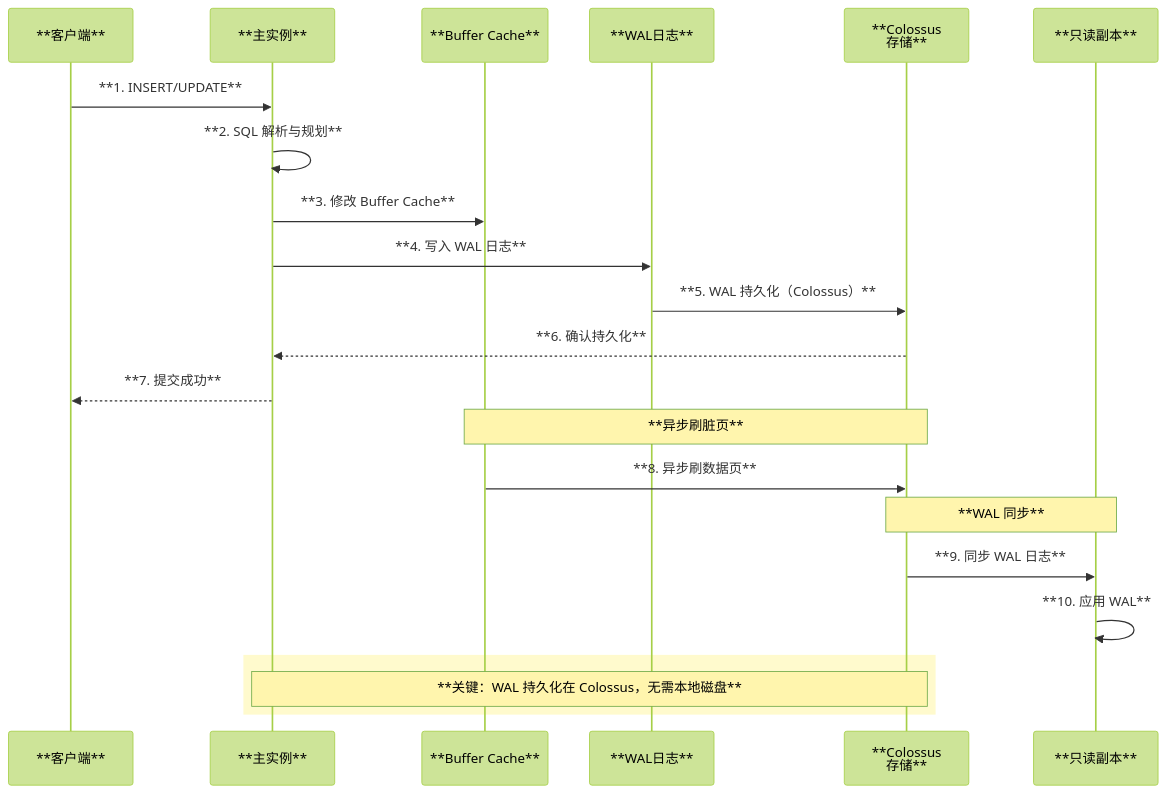
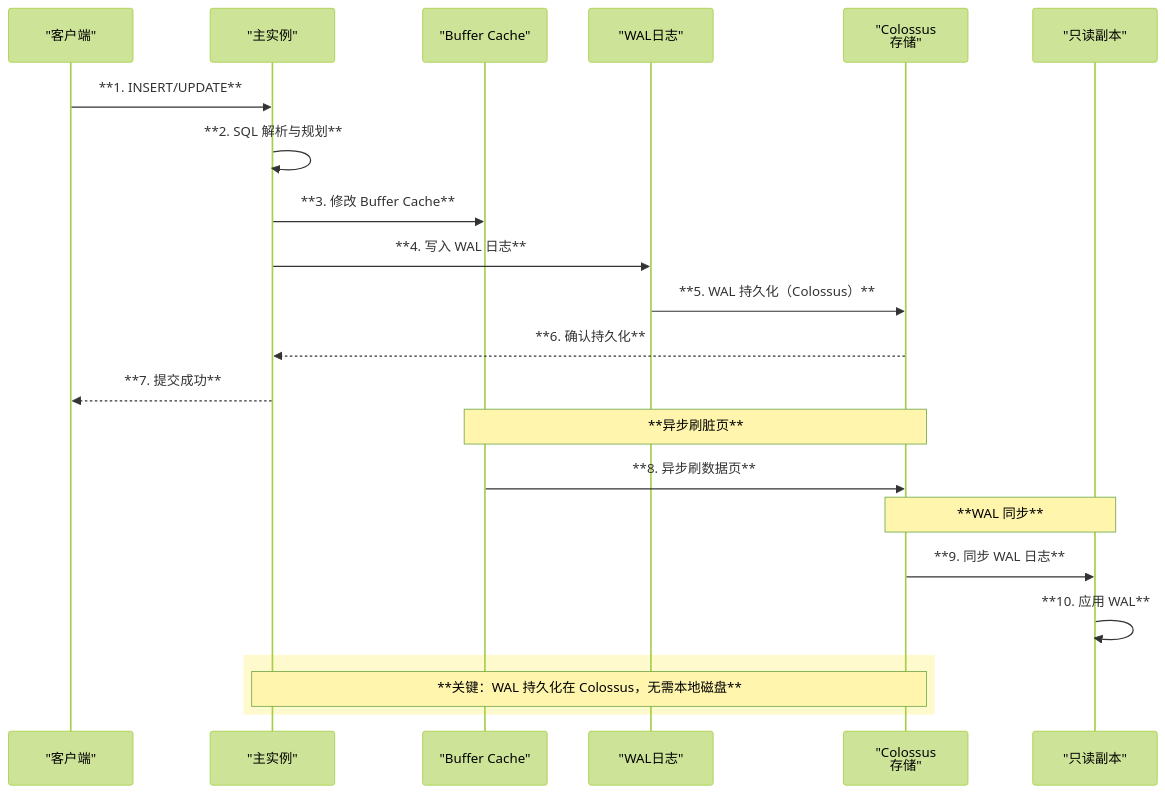
Before and after one commit to victor1589007281/percona-server: the fifth of 18 diagrams in vdocs/design/AlloyDB_Architecture.md, drawn with Mermaid (forest theme). The commit also changed other lines of this file and 141 other files, not shown here.

````diff
--- a/vdocs/design/AlloyDB_Architecture.md
+++ b/vdocs/design/AlloyDB_Architecture.md
@@ -247,28 +247,28 @@
 ```mermaid
 sequenceDiagram
-    participant **C** as **客户端**
-    participant **P** as **主实例**
-    participant **BC** as **Buffer Cache**
-    participant **WAL** as **WAL日志**
-    participant **CS** as **Colossus<br/>存储**
-    participant **RO** as **只读副本**
+    participant C as "客户端"
+    participant P as "主实例"
+    participant BC as "Buffer Cache"
+    participant WAL as "WAL日志"
+    participant CS as "Colossus<br/>存储"
+    participant RO as "只读副本"
     
-    **C**->>**P**: **1. INSERT/UPDATE**
-    **P**->>**P**: **2. SQL 解析与规划**
-    **P**->>**BC**: **3. 修改 Buffer Cache**
-    **P**->>**WAL**: **4. 写入 WAL 日志**
-    **WAL**->>**CS**: **5. WAL 持久化（Colossus）**
-    **CS**-->>**P**: **6. 确认持久化**
-    **P**-->>**C**: **7. 提交成功**
+    C->>P: **1. INSERT/UPDATE**
+    P->>P: **2. SQL 解析与规划**
+    P->>BC: **3. 修改 Buffer Cache**
+    P->>WAL: **4. 写入 WAL 日志**
+    WAL->>CS: **5. WAL 持久化（Colossus）**
+    CS-->>P: **6. 确认持久化**
+    P-->>C: **7. 提交成功**
     
-    Note over **BC**,**CS**: **异步刷脏页**
-    **BC**->>**CS**: **8. 异步刷数据页**
+    Note over BC,CS: **异步刷脏页**
+    BC->>CS: **8. 异步刷数据页**
     
-    Note over **CS**,**RO**: **WAL 同步**
-    **CS**->>**RO**: **9. 同步 WAL 日志**
-    **RO**->>**RO**: **10. 应用 WAL**
+    Note over CS,RO: **WAL 同步**
+    CS->>RO: **9. 同步 WAL 日志**
+    RO->>RO: **10. 应用 WAL**
     
     rect rgb(255, 250, 205)
-    Note over **P**,**CS**: **关键：WAL 持久化在 Colossus，无需本地磁盘**
+    Note over P,CS: **关键：WAL 持久化在 Colossus，无需本地磁盘**
     end
 ```
````
